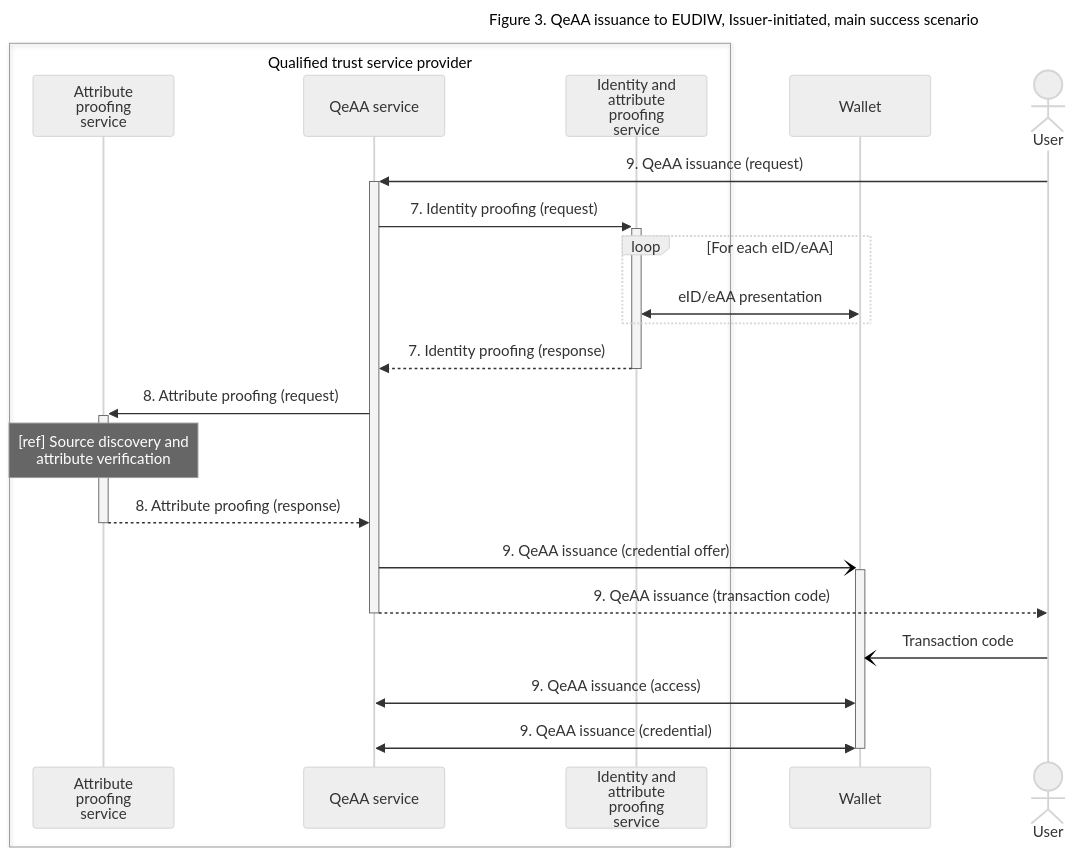
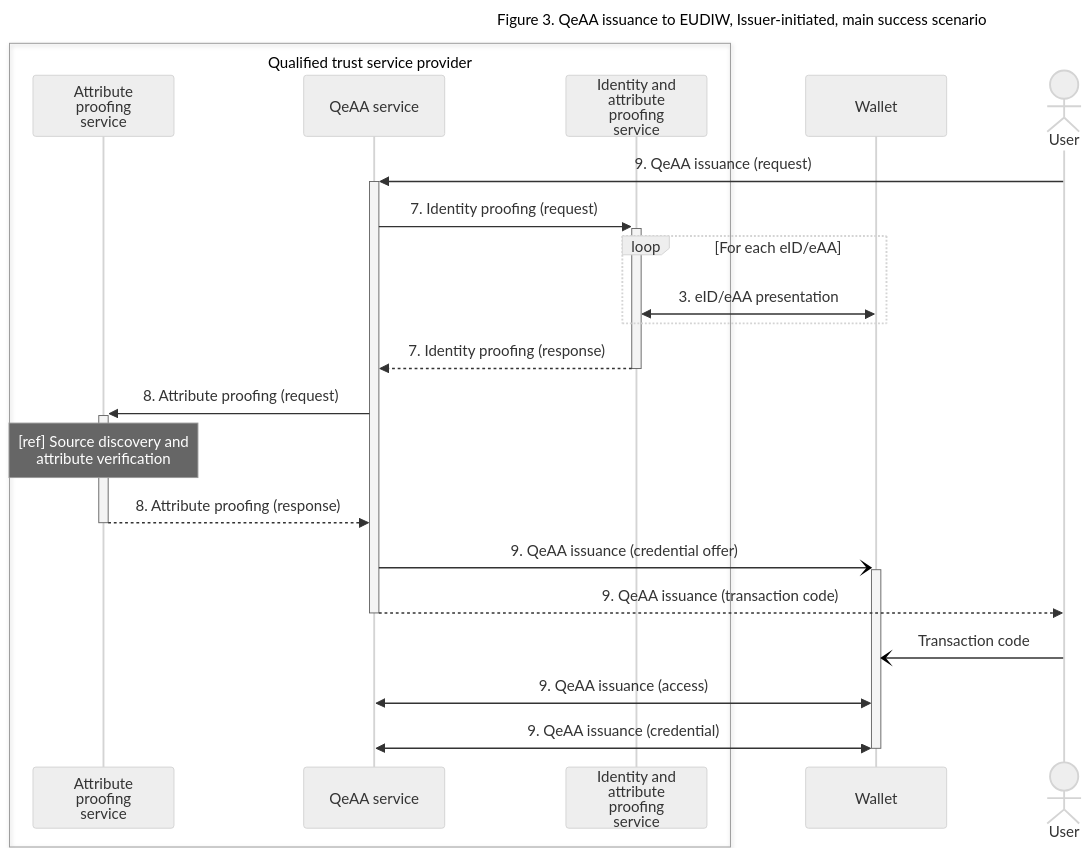
Before and after one commit to webuild-consortium/wp4-qtsp-group: the third of 4 diagrams in docs/qeaa/architecture.md, drawn with Mermaid (neutral theme). The commit also changed other lines of this file, not shown here.

Commit message:
Update numbers in issuance main success scenarios

````diff
--- a/docs/qeaa/architecture.md
+++ b/docs/qeaa/architecture.md
@@ -161,27 +161,27 @@
 ```mermaid
 ---
 title: Figure 3. QeAA issuance to EUDIW, Issuer-initiated, main success scenario
 ---
 sequenceDiagram
 box Qualified trust service provider
     participant APS as Attribute<br>proofing<br>service
     participant EAAS as QeAA service
     participant IPS as Identity and<br>attribute<br>proofing<br>service
 end
 participant Wallet
 actor User
 User ->>+ EAAS : 9. QeAA issuance (request)
 EAAS ->>+ IPS : 7. Identity proofing (request)
 loop For each eID/eAA
-    IPS <<->> Wallet : eID/eAA presentation
+    IPS <<->> Wallet : 3. eID/eAA presentation
 end
 IPS -->>- EAAS : 7. Identity proofing (response)
 EAAS ->>+ APS : 8. Attribute proofing (request)
 note over APS : [ref] Source discovery and<br>attribute verification
 APS -->>- EAAS : 8. Attribute proofing (response)
 EAAS -)+ Wallet : 9. QeAA issuance (credential offer)
 EAAS -->>- User : 9. QeAA issuance (transaction code)
 User -) Wallet : Transaction code
 Wallet <<->> EAAS : 9. QeAA issuance (access)
 Wallet <<->>- EAAS : 9. QeAA issuance (credential)
 ```
````
